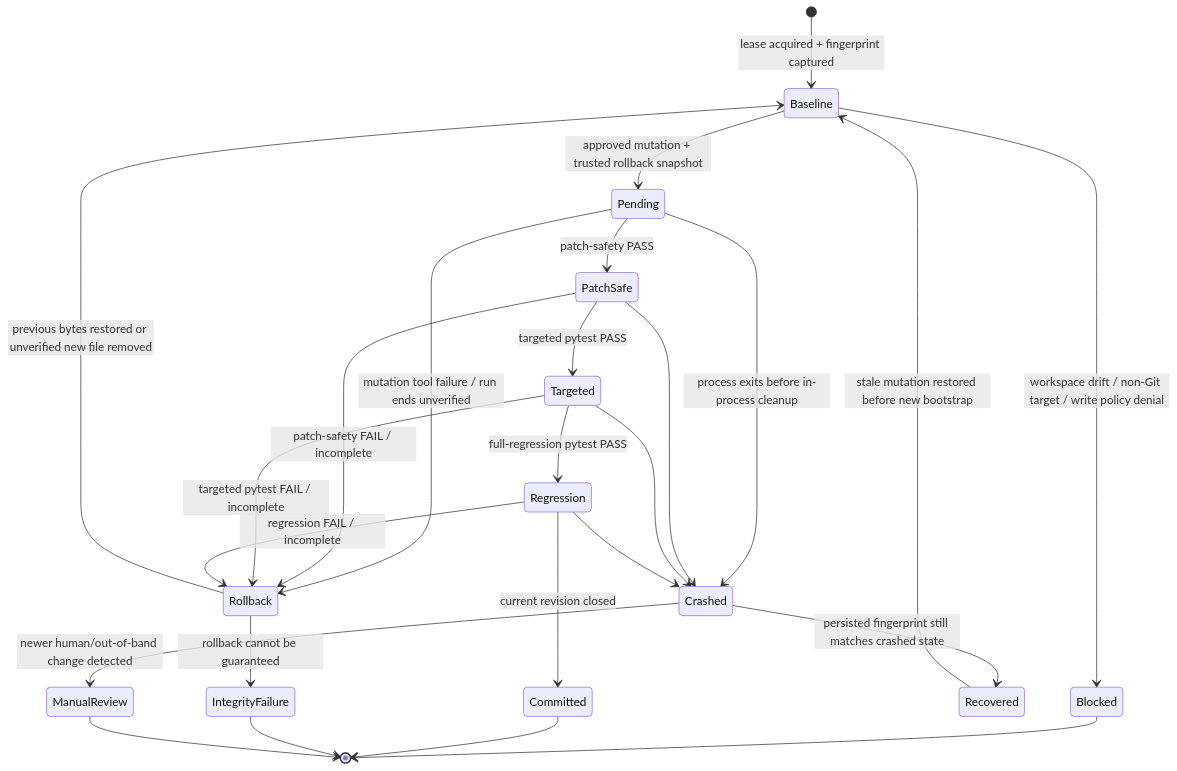
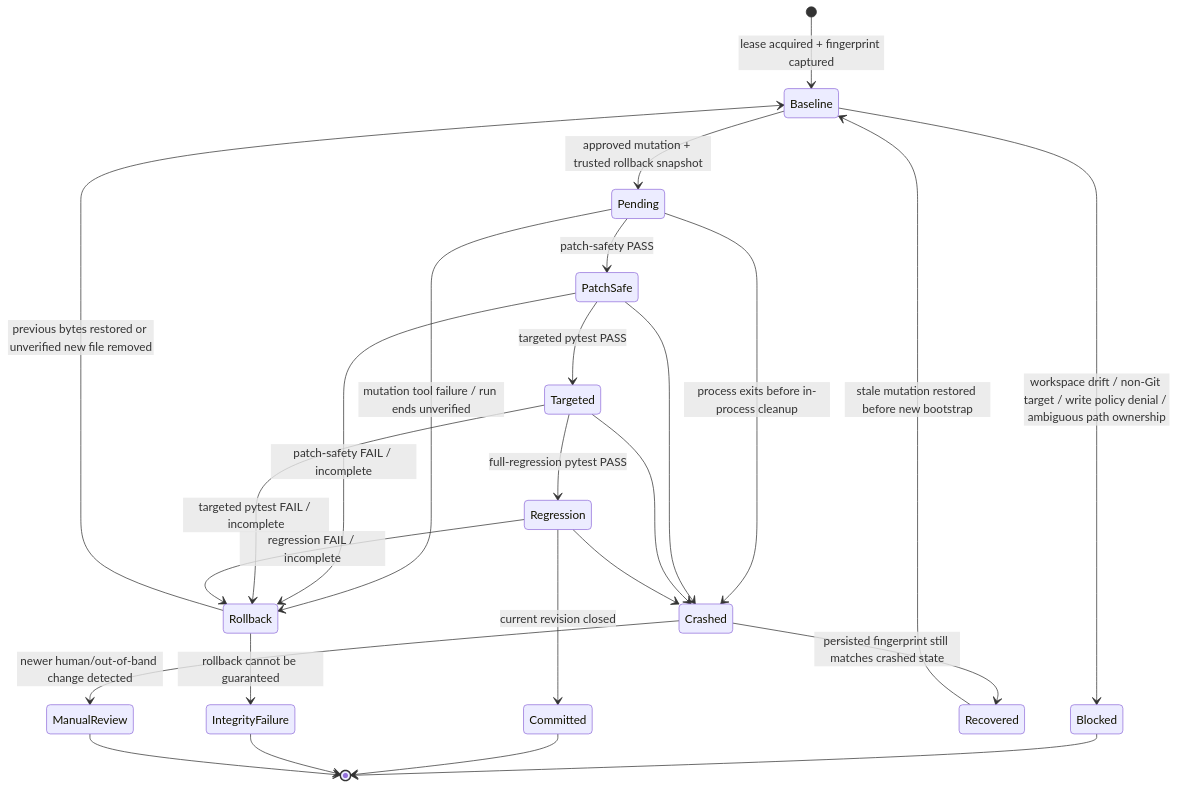
The diagram in docs/RUNTIME_CONTROL.md (portyu9/ai-qa-automation), drawn with Mermaid before and after one commit. The commit also changed other lines of this file, not shown here.

````diff
--- a/docs/RUNTIME_CONTROL.md
+++ b/docs/RUNTIME_CONTROL.md
@@ -17,36 +21,36 @@
 ```mermaid
 stateDiagram-v2
     [*] --> Baseline: lease acquired + fingerprint captured
 
-    Baseline --> Blocked: workspace drift / non-Git target / write policy denial
+    Baseline --> Blocked: workspace drift / non-Git target / write policy denial / ambiguous path ownership
     Baseline --> Pending: approved mutation + trusted rollback snapshot
 
     Pending --> PatchSafe: patch-safety PASS
     Pending --> Rollback: mutation tool failure / run ends unverified
 
     PatchSafe --> Targeted: targeted pytest PASS
     PatchSafe --> Rollback: patch-safety FAIL / incomplete
 
     Targeted --> Regression: full-regression pytest PASS
     Targeted --> Rollback: targeted pytest FAIL / incomplete
 
     Regression --> Committed: current revision closed
     Regression --> Rollback: regression FAIL / incomplete
 
     Rollback --> Baseline: previous bytes restored or unverified new file removed
     Rollback --> IntegrityFailure: rollback cannot be guaranteed
 
     Pending --> Crashed: process exits before in-process cleanup
     PatchSafe --> Crashed
     Targeted --> Crashed
     Regression --> Crashed
 
     Crashed --> Recovered: persisted fingerprint still matches crashed state
     Recovered --> Baseline: stale mutation restored before new bootstrap
     Crashed --> ManualReview: newer human/out-of-band change detected
 
     Blocked --> [*]
     Committed --> [*]
     IntegrityFailure --> [*]
     ManualReview --> [*]
 ```
````
